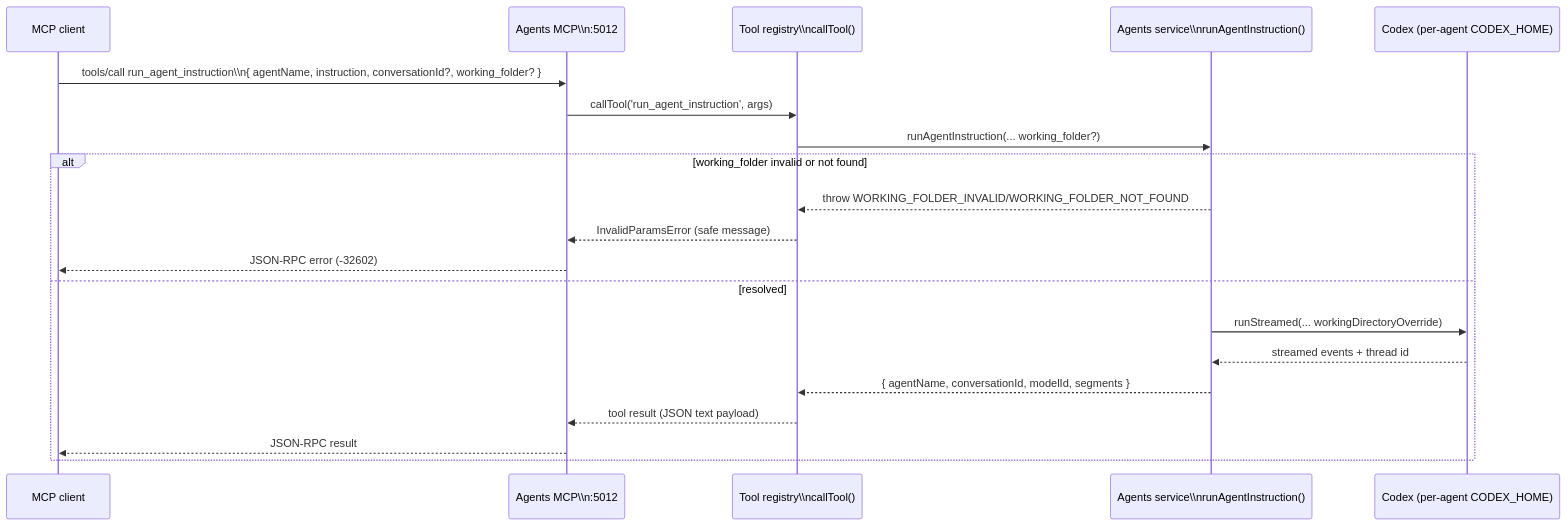
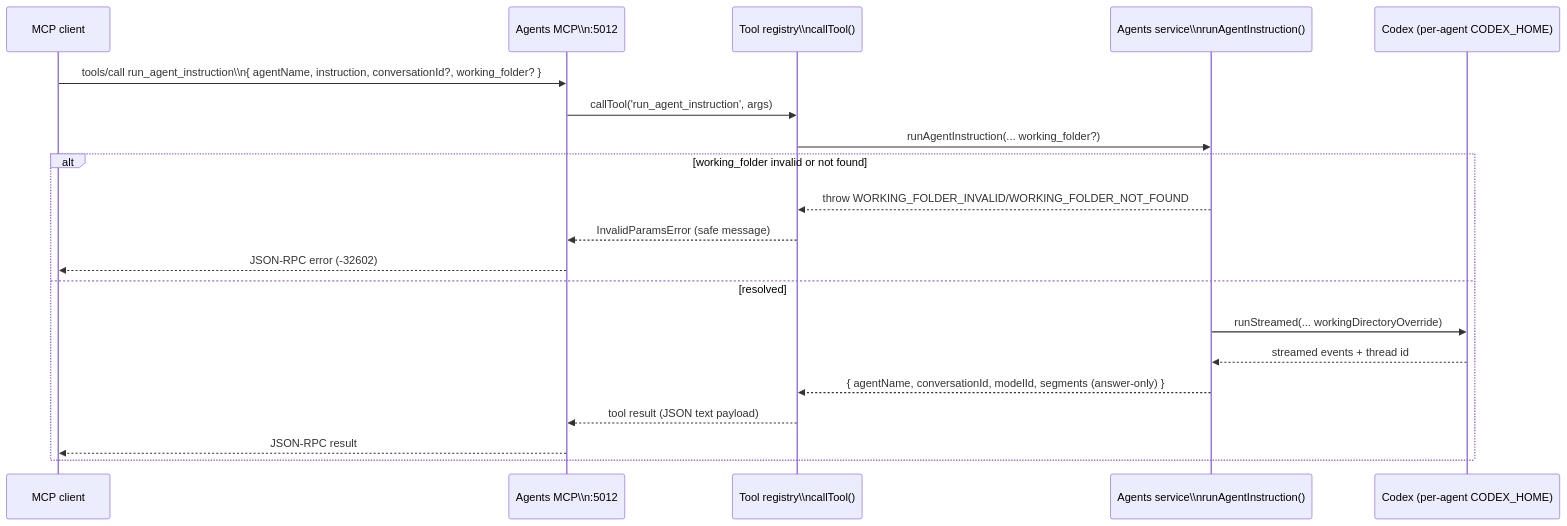
Diagram 12 of 57 in design.md (Chargeuk/codeInfo2), drawn with Mermaid before and after one commit. The commit also changed other lines of this file and 5 other files, not shown here.

````diff
--- a/design.md
+++ b/design.md
@@ -345,23 +345,23 @@
 ```mermaid
 sequenceDiagram
   participant Client as MCP client
   participant MCP as Agents MCP\\n:5012
   participant Tools as Tool registry\\ncallTool()
   participant Svc as Agents service\\nrunAgentInstruction()
   participant Codex as Codex (per-agent CODEX_HOME)
 
   Client->>MCP: tools/call run_agent_instruction\\n{ agentName, instruction, conversationId?, working_folder? }
   MCP->>Tools: callTool('run_agent_instruction', args)
   Tools->>Svc: runAgentInstruction(... working_folder?)
   alt working_folder invalid or not found
     Svc-->>Tools: throw WORKING_FOLDER_INVALID/WORKING_FOLDER_NOT_FOUND
     Tools-->>MCP: InvalidParamsError (safe message)
     MCP-->>Client: JSON-RPC error (-32602)
   else resolved
     Svc->>Codex: runStreamed(... workingDirectoryOverride)
     Codex-->>Svc: streamed events + thread id
-    Svc-->>Tools: { agentName, conversationId, modelId, segments }
+    Svc-->>Tools: { agentName, conversationId, modelId, segments (answer-only) }
     Tools-->>MCP: tool result (JSON text payload)
     MCP-->>Client: JSON-RPC result
   end
 ```
````
